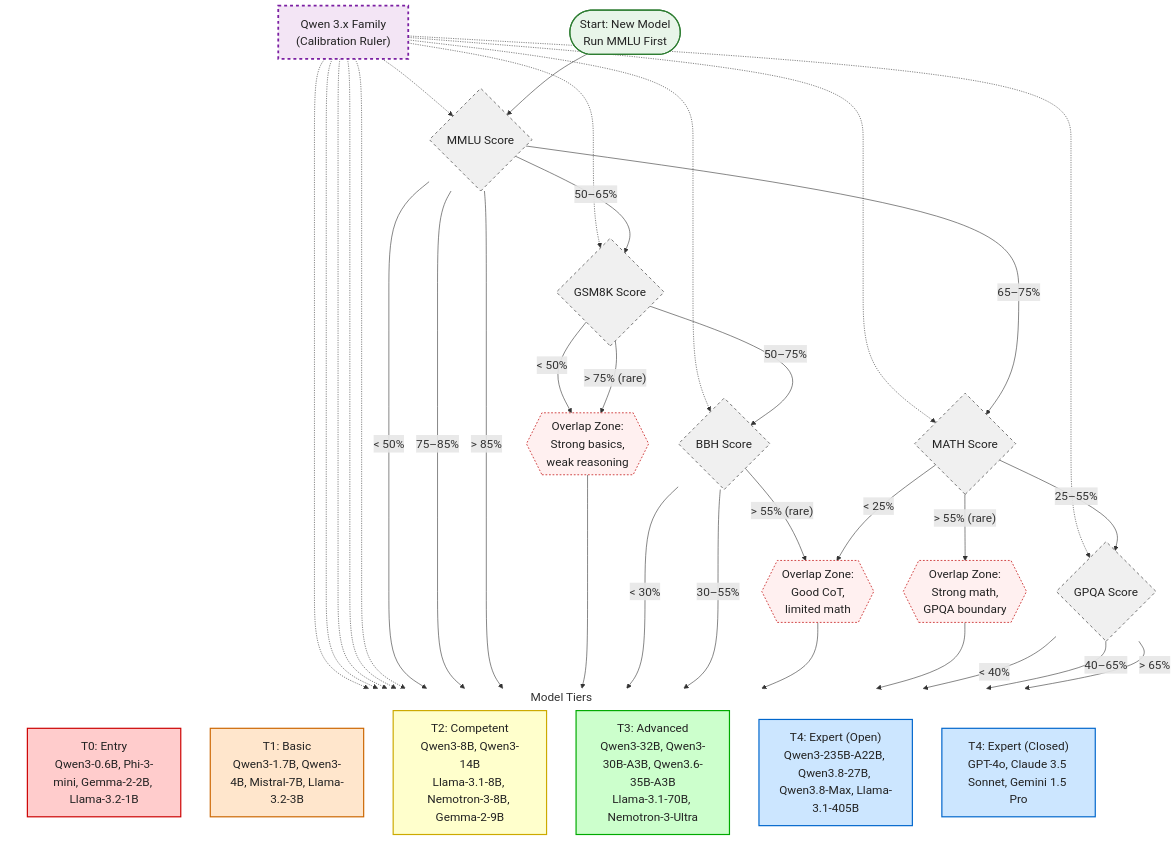
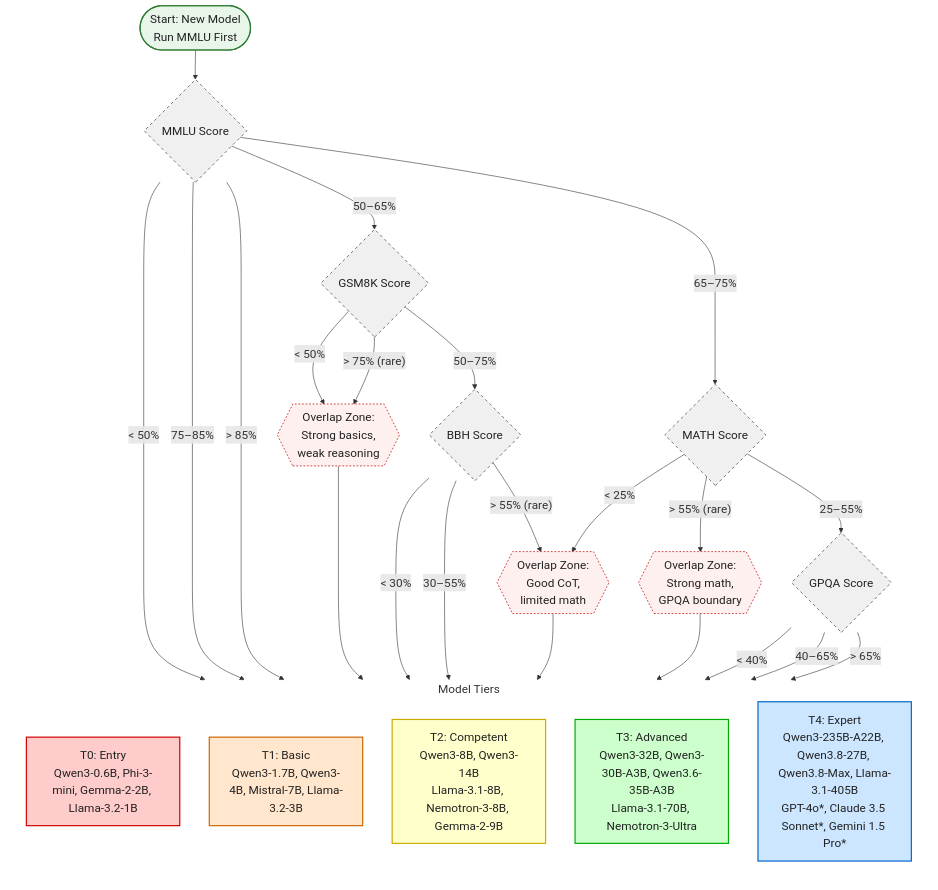
One commit to cjl4hd/engineering-flow-charts changed the diagram in llm-reasoning-benchmarks.md. Above: the diagram before and after it, drawn with Mermaid. The commit also changed other lines of this file, not shown here.

Commit message:
Remove QwenTrace, merge T4 boxes, add * for closed models, add comprehensive reference table with Qwen/Llama/Nemotron/Phi/Gemma/Mistral/GLM/DeepSeek families + closed models

````diff
--- a/llm-reasoning-benchmarks.md
+++ b/llm-reasoning-benchmarks.md
@@ -60,22 +62,8 @@
         T1[T1: Basic\nQwen3-1.7B, Qwen3-4B, Mistral-7B, Llama-3.2-3B]
         T2[T2: Competent\nQwen3-8B, Qwen3-14B\nLlama-3.1-8B, Nemotron-3-8B, Gemma-2-9B]
         T3[T3: Advanced\nQwen3-32B, Qwen3-30B-A3B, Qwen3.6-35B-A3B\nLlama-3.1-70B, Nemotron-3-Ultra]
-        T4open["T4: Expert (Open)\nQwen3-235B-A22B, Qwen3.8-27B, Qwen3.8-Max, Llama-3.1-405B"]
-        T4closed["T4: Expert (Closed)\nGPT-4o, Claude 3.5 Sonnet, Gemini 1.5 Pro"]
+        T4["T4: Expert\nQwen3-235B-A22B, Qwen3.8-27B, Qwen3.8-Max, Llama-3.1-405B\nGPT-4o*, Claude 3.5 Sonnet*, Gemini 1.5 Pro*"]
     end
-    
-    %% ===== QWEN 3.x CALIBRATION TRACE =====
-    QwenTrace["Qwen 3.x Family\n(Calibration Ruler)"]
-    QwenTrace -.-> MMLU
-    QwenTrace -.-> GSM8K
-    QwenTrace -.-> BBH
-    QwenTrace -.-> MATH
-    QwenTrace -.-> GPQA
-    QwenTrace -.-> T0
-    QwenTrace -.-> T1
-    QwenTrace -.-> T2
-    QwenTrace -.-> T3
-    QwenTrace -.-> T4open
     
     %% ===== EDGES =====
     Start --> MMLU
@@ -84,7 +72,7 @@
     MMLU -- "50–65%" --> GSM8K
     MMLU -- "65–75%" --> MATH
     MMLU -- "75–85%" --> T3
-    MMLU -- "> 85%" --> T4closed
+    MMLU -- "> 85%" --> T4
     
     GSM8K -- "< 50%" --> Overlap1
     GSM8K -- "50–75%" --> BBH
@@ -105,8 +93,8 @@
     Overlap3 --> T3
     
     GPQA -- "< 40%" --> T3
-    GPQA -- "40–65%" --> T4open
-    GPQA -- "> 65%" --> T4closed
+    GPQA -- "40–65%" --> T4
+    GPQA -- "> 65%" --> T4
     
     %% ===== STYLING =====
     classDef tier0 fill:#ffcccc,stroke:#cc0000,stroke-width:2px,color:#222,font-size:20px;
@@ -118,16 +106,14 @@
     classDef overlap fill:#fff0f0,stroke:#cc3333,stroke-width:1.5px,stroke-dasharray: 3 3,color:#222,font-size:20px;
     classDef start fill:#e8f5e9,stroke:#2e7d32,stroke-width:2px,color:#222,font-size:20px;
     classDef tierBox fill:none,stroke:none;
-    classDef trace fill:#f3e5f5,stroke:#7b1fa2,stroke-width:3px,stroke-dasharray: 5 5,color:#222,font-size:20px;
     
     class T0 tier0;
     class T1 tier1;
     class T2 tier2;
     class T3 tier3;
-    class T4open,T4closed tier4;
+    class T4 tier4;
     class MMLU,GSM8K,BBH,MATH,GPQA gate;
     class Overlap1,Overlap2,Overlap3 overlap;
     class Start start;
     class TIERS tierBox;
-    class QwenTrace trace;
 ```
````
